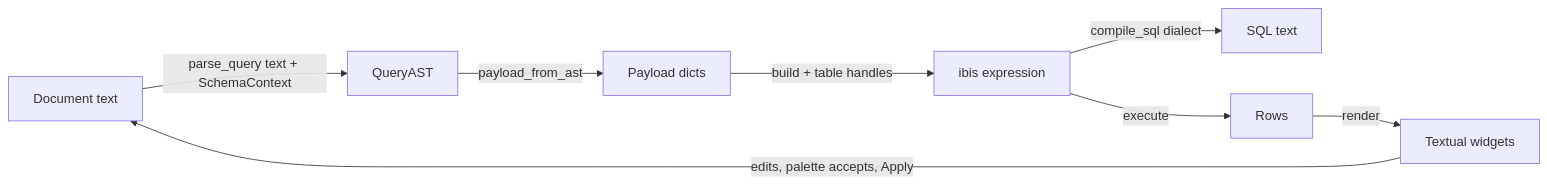
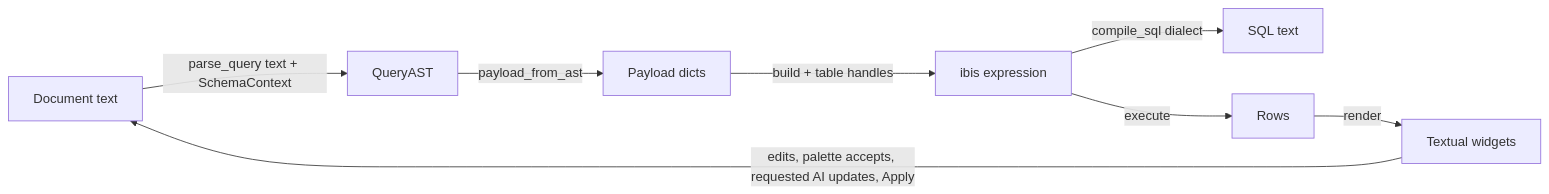
The first of 2 diagrams in docs/HANDBOOK.md (harryvgiunta/d8r), drawn with Mermaid before and after one commit. The commit also changed other lines of this file and 52 other files, not shown here.

````diff
--- a/docs/HANDBOOK.md
+++ b/docs/HANDBOOK.md
@@ -27,10 +27,10 @@
 ```mermaid
 flowchart LR
     DOC[Document text] -->|parse_query text + SchemaContext| AST[QueryAST]
     AST -->|payload_from_ast| PL[Payload dicts]
     PL -->|build + table handles| EX[ibis expression]
     EX -->|compile_sql dialect| SQL[SQL text]
     EX -->|execute| ROWS[Rows]
     ROWS -->|render| W[Textual widgets]
-    W -->|edits, palette accepts, Apply| DOC
+    W -->|edits, palette accepts, requested AI updates, Apply| DOC
 ```
````
